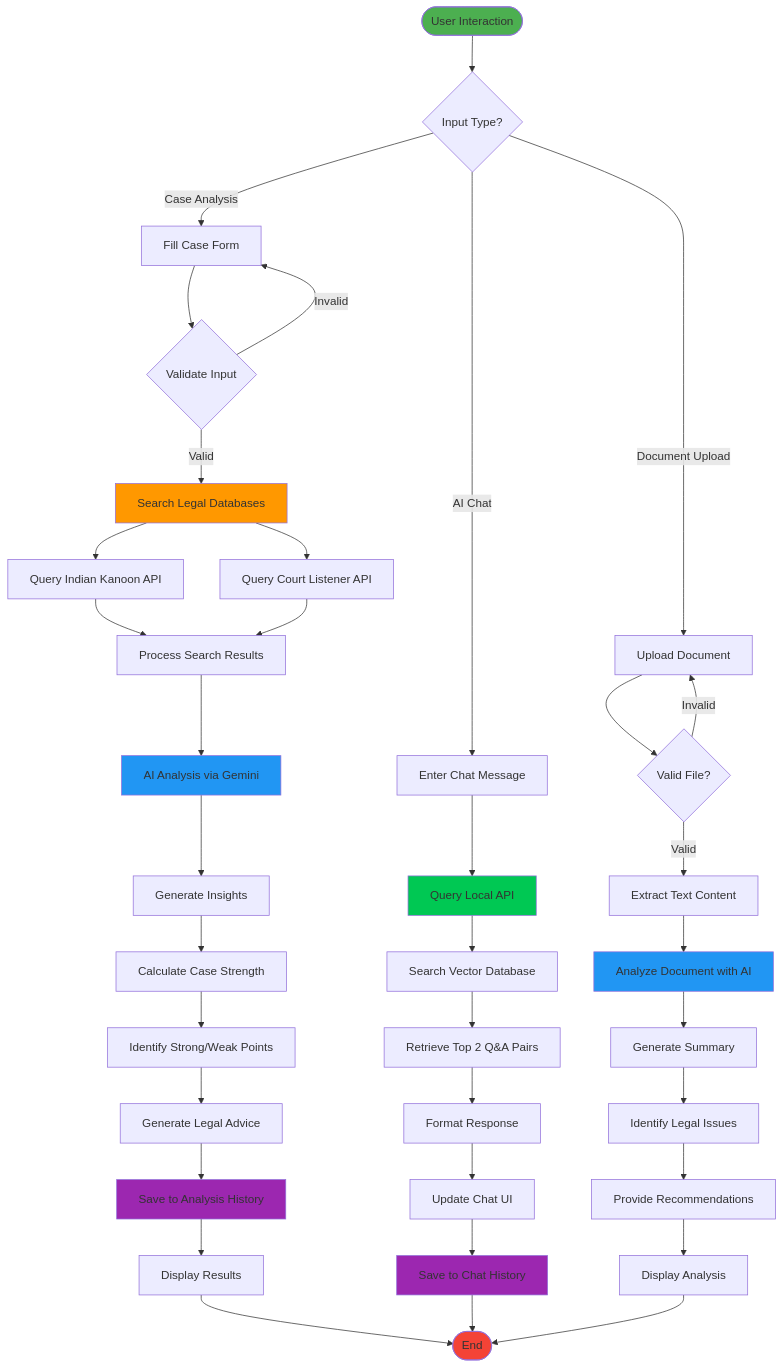
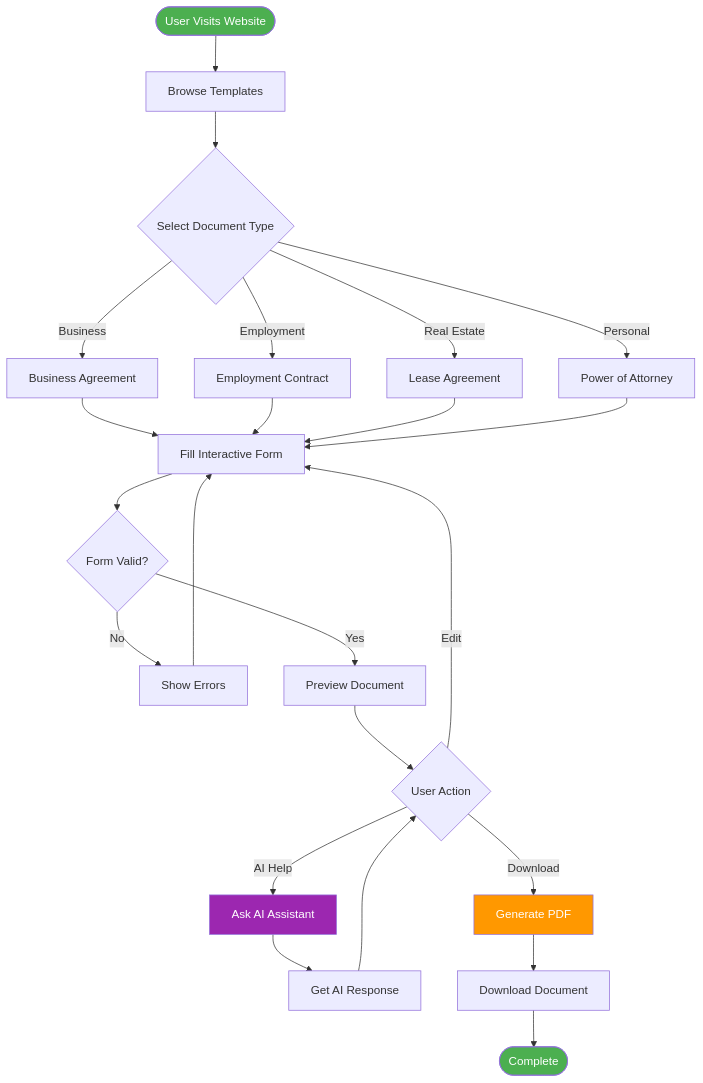
The second of 12 diagrams in README.md (quantumNexus0/ai_legal_ecosystem), drawn with Mermaid before and after one commit. The commit also changed other lines of this file, not shown here.

First line of the commit message:
Revise README for Legal Document Management System

````diff
--- a/README.md
+++ b/README.md
@@ -324,60 +194,37 @@
 ```mermaid
 flowchart TD
-    Start([User Interaction]) --> InputType{Input Type?}
+    Start([User Visits Website]) --> Browse[Browse Templates]
+    Browse --> Select{Select Document Type}
     
-    InputType -->|Case Analysis| CaseForm[Fill Case Form]
-    InputType -->|AI Chat| ChatInput[Enter Chat Message]
-    InputType -->|Document Upload| FileUpload[Upload Document]
+    Select -->|Business| Bus[Business Agreement]
+    Select -->|Employment| Emp[Employment Contract]
+    Select -->|Real Estate| RE[Lease Agreement]
+    Select -->|Personal| Per[Power of Attorney]
     
-    CaseForm --> ValidateCase{Validate Input}
-    ValidateCase -->|Invalid| CaseForm
-    ValidateCase -->|Valid| SearchDB[Search Legal Databases]
+    Bus --> Form[Fill Interactive Form]
+    Emp --> Form
+    RE --> Form
+    Per --> Form
     
-    SearchDB --> IndianKanoon[Query Indian Kanoon API]
-    SearchDB --> CourtListener[Query Court Listener API]
+    Form --> Validate{Form Valid?}
+    Validate -->|No| Error[Show Errors]
+    Error --> Form
     
-    IndianKanoon --> ProcessResults[Process Search Results]
-    CourtListener --> ProcessResults
+    Validate -->|Yes| Preview[Preview Document]
+    Preview --> Choice{User Action}
     
-    ProcessResults --> AIAnalysis[AI Analysis via Gemini]
-    AIAnalysis --> GenerateInsights[Generate Insights]
+    Choice -->|Edit| Form
+    Choice -->|AI Help| AI[Ask AI Assistant]
+    Choice -->|Download| PDF[Generate PDF]
     
-    GenerateInsights --> CalculateStrength[Calculate Case Strength]
-    CalculateStrength --> IdentifyPoints[Identify Strong/Weak Points]
-    IdentifyPoints --> GenerateAdvice[Generate Legal Advice]
+    AI --> AIResp[Get AI Response]
+    AIResp --> Choice
     
-    GenerateAdvice --> SaveHistory[Save to Analysis History]
-    SaveHistory --> DisplayResults[Display Results]
+    PDF --> Download[Download Document]
+    Download --> End([Complete])
     
-    
-    ChatInput --> LocalSearch[Query Local API]
-    LocalSearch --> SearchVector[Search Vector Database]
-    SearchVector --> RetrieveQA[Retrieve Top 2 Q&A Pairs]
-    
-    RetrieveQA --> FormatResponse[Format Response]
-    FormatResponse --> UpdateChat[Update Chat UI]
-    UpdateChat --> SaveChat[Save to Chat History]
-    
-    FileUpload --> ValidateFile{Valid File?}
-    ValidateFile -->|Invalid| FileUpload
-    ValidateFile -->|Valid| ExtractText[Extract Text Content]
-    
-    ExtractText --> AnalyzeDoc[Analyze Document with AI]
-    AnalyzeDoc --> GenerateSummary[Generate Summary]
-    GenerateSummary --> IdentifyIssues[Identify Legal Issues]
-    IdentifyIssues --> ProvideRecommendations[Provide Recommendations]
-    ProvideRecommendations --> DisplayAnalysis[Display Analysis]
-    
-    DisplayResults --> End([End])
-    SaveChat --> End
-    DisplayAnalysis --> End
-    
-    style Start fill:#4CAF50
-    style End fill:#F44336
-    style AIAnalysis fill:#2196F3
-    style LocalSearch fill:#00C853
-    style AnalyzeDoc fill:#2196F3
-    style SearchDB fill:#FF9800
-    style SaveHistory fill:#9C27B0
-    style SaveChat fill:#9C27B0
+    style Start fill:#4caf50,color:#fff
+    style End fill:#4caf50,color:#fff
+    style AI fill:#9c27b0,color:#fff
+    style PDF fill:#ff9800,color:#fff
 ```
````
